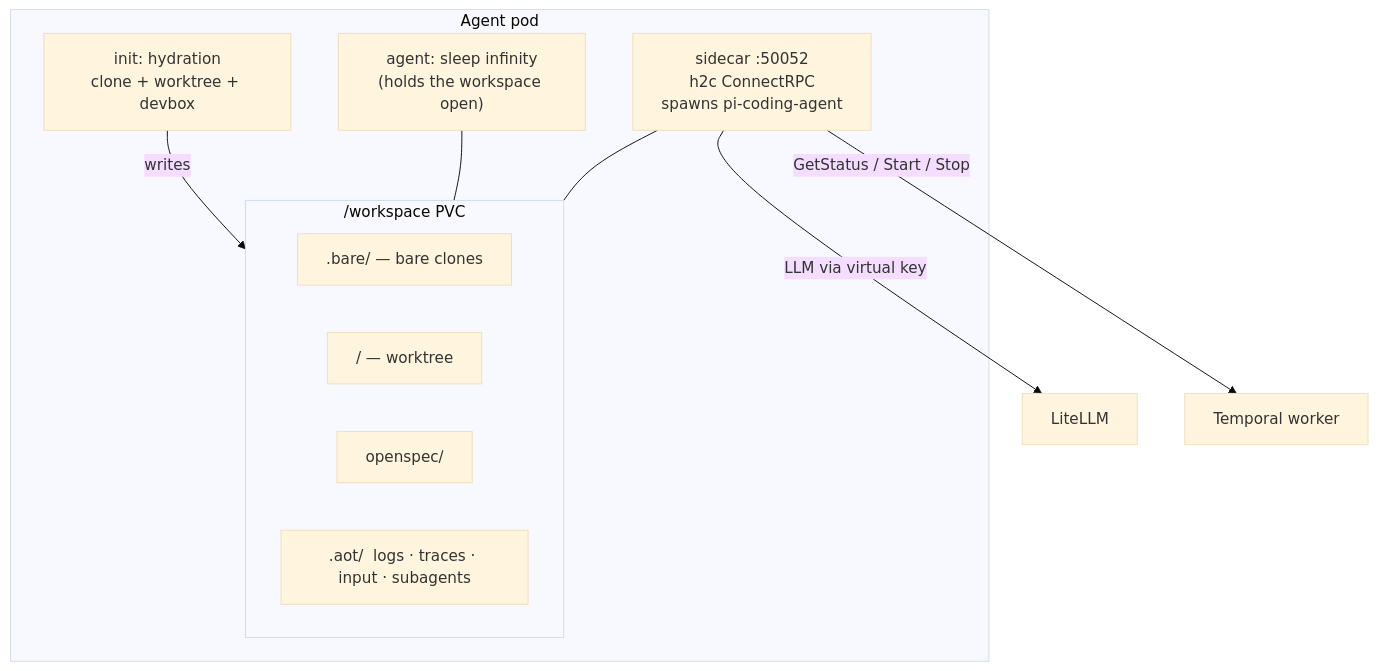
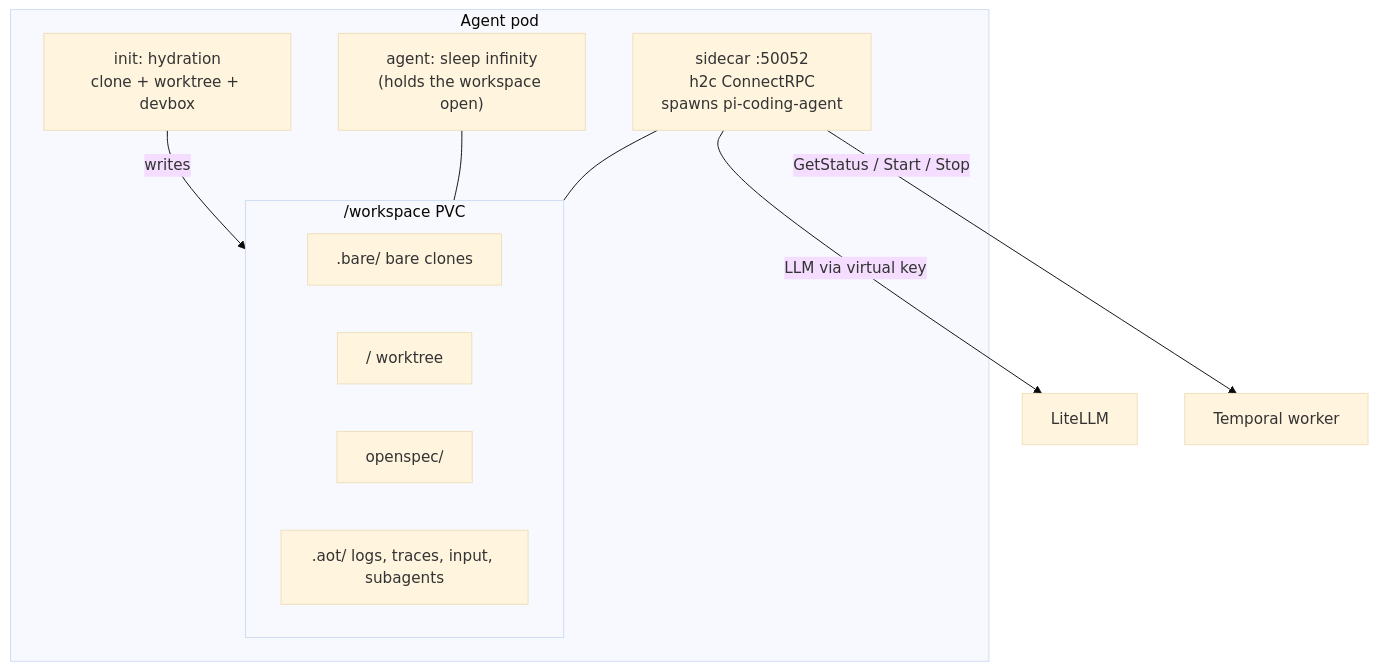
The diagram in docs/architecture/agent-pods.md (ross-corp/uncworks), drawn with Mermaid (base theme) before and after one commit. The commit also changed other lines of this file and 198 other files, not shown here.

````diff
--- a/docs/architecture/agent-pods.md
+++ b/docs/architecture/agent-pods.md
@@ -5,19 +7,19 @@
 ```mermaid
 flowchart TD
     subgraph pod["Agent pod"]
         init["init: hydration\nclone + worktree + devbox"]
         agent["agent: sleep infinity\n(holds the workspace open)"]
         side["sidecar :50052\nh2c ConnectRPC\nspawns pi-coding-agent"]
         subgraph pvc["/workspace PVC"]
-            bare[".bare/ — bare clones"]
-            repo["<repo>/ — worktree"]
+            bare[".bare/ bare clones"]
+            repo["<repo>/ worktree"]
             os["openspec/"]
-            aot[".aot/  logs · traces · input · subagents"]
+            aot[".aot/ logs, traces, input, subagents"]
         end
         init -- writes --> pvc
         agent --- pvc
         side --- pvc
     end
     side -->|LLM via virtual key| litellm["LiteLLM"]
     side -->|GetStatus / Start / Stop| tw["Temporal worker"]
 ```
````
